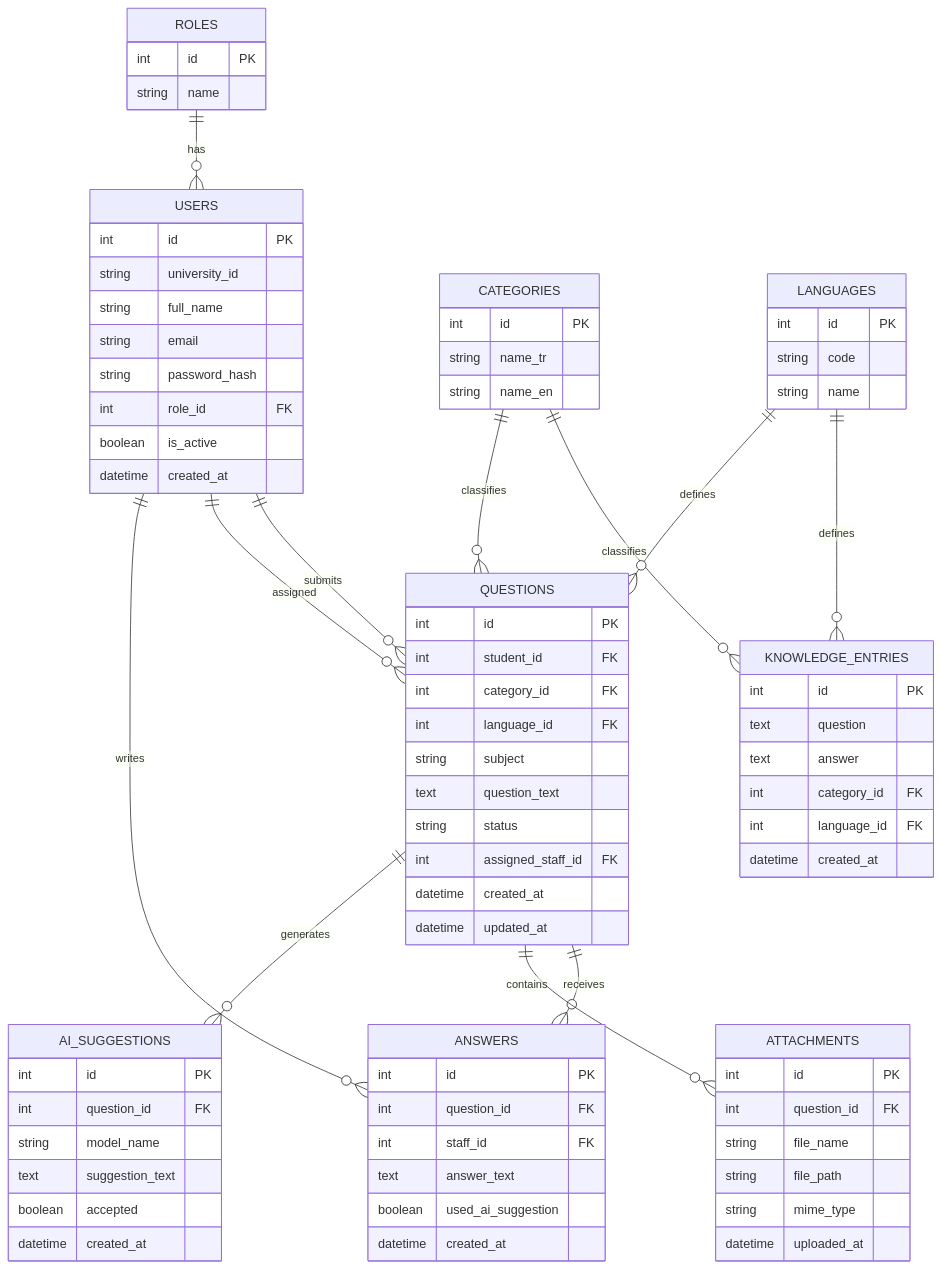
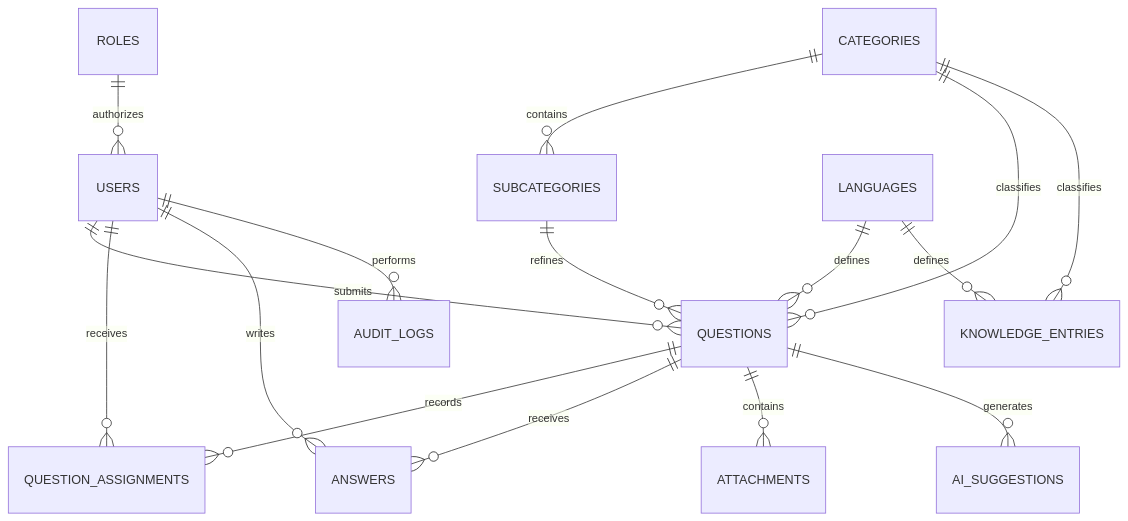
One commit to aliefeekmen/emu-student-support-system changed the diagram in docs/database_schema.md. Above: the diagram before and after it, drawn with Mermaid. The commit also changed other lines of this file and 18 other files, not shown here.

Commit message:
Upgrade database schema and support workflows

````diff
--- a/docs/database_schema.md
+++ b/docs/database_schema.md
@@ -20,94 +13,18 @@
 ```mermaid
 erDiagram
-    ROLES ||--o{ USERS : has
+    ROLES ||--o{ USERS : authorizes
     USERS ||--o{ QUESTIONS : submits
-    USERS ||--o{ QUESTIONS : assigned
-    USERS ||--o{ ANSWERS : writes
-
+    CATEGORIES ||--o{ SUBCATEGORIES : contains
+    CATEGORIES ||--o{ QUESTIONS : classifies
+    SUBCATEGORIES ||--o{ QUESTIONS : refines
+    LANGUAGES ||--o{ QUESTIONS : defines
     CATEGORIES ||--o{ KNOWLEDGE_ENTRIES : classifies
     LANGUAGES ||--o{ KNOWLEDGE_ENTRIES : defines
-
-    CATEGORIES ||--o{ QUESTIONS : classifies
-    LANGUAGES ||--o{ QUESTIONS : defines
-
+    QUESTIONS ||--o{ QUESTION_ASSIGNMENTS : records
+    USERS ||--o{ QUESTION_ASSIGNMENTS : receives
     QUESTIONS ||--o{ ANSWERS : receives
+    USERS ||--o{ ANSWERS : writes
     QUESTIONS ||--o{ ATTACHMENTS : contains
     QUESTIONS ||--o{ AI_SUGGESTIONS : generates
-
-    ROLES {
-        int id PK
-        string name
-    }
-
-    USERS {
-        int id PK
-        string university_id
-        string full_name
-        string email
-        string password_hash
-        int role_id FK
-        boolean is_active
-        datetime created_at
-    }
-
-    LANGUAGES {
-        int id PK
-        string code
-        string name
-    }
-
-    CATEGORIES {
-        int id PK
-        string name_tr
-        string name_en
-    }
-
-    KNOWLEDGE_ENTRIES {
-        int id PK
-        text question
-        text answer
-        int category_id FK
-        int language_id FK
-        datetime created_at
-    }
-
-    QUESTIONS {
-        int id PK
-        int student_id FK
-        int category_id FK
-        int language_id FK
-        string subject
-        text question_text
-        string status
-        int assigned_staff_id FK
-        datetime created_at
-        datetime updated_at
-    }
-
-    ANSWERS {
-        int id PK
-        int question_id FK
-        int staff_id FK
-        text answer_text
-        boolean used_ai_suggestion
-        datetime created_at
-    }
-
-    ATTACHMENTS {
-        int id PK
-        int question_id FK
-        string file_name
-        string file_path
-        string mime_type
-        datetime uploaded_at
-    }
-
-    AI_SUGGESTIONS {
-        int id PK
-        int question_id FK
-        string model_name
-        text suggestion_text
-        boolean accepted
-        datetime created_at
-    }
+    USERS ||--o{ AUDIT_LOGS : performs
 ```
````
